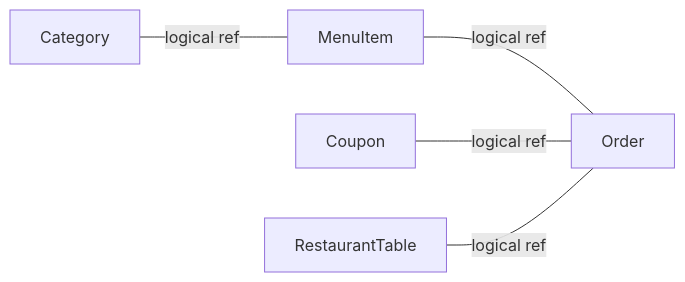
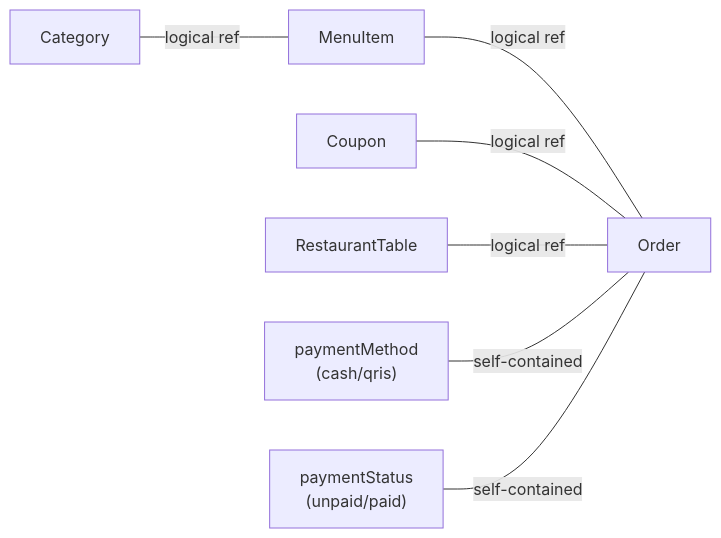
The fourth of 4 diagrams in .qoder/repowiki/en/content/Architecture Overview/Backend Architecture/Database Layer/Database Schema Design.md (Ice-Nao-Eevee/Tera_Work), drawn with Mermaid before and after one commit. The commit also changed other lines of this file and 55 other files, not shown here.

````diff
--- a/.qoder/repowiki/en/content/Architecture Overview/Backend Architecture/Database Layer/Database Schema Design.md
+++ b/.qoder/repowiki/en/content/Architecture Overview/Backend Architecture/Database Layer/Database Schema Design.md
@@ -351,7 +430,9 @@
 ```mermaid
 graph LR
 CATEGORY["Category"] ---|logical ref| MENU_ITEM["MenuItem"]
 MENU_ITEM["MenuItem"] ---|logical ref| ORDER["Order"]
 COUPON["Coupon"] ---|logical ref| ORDER["Order"]
 RESTAURANT_TABLE["RestaurantTable"] ---|logical ref| ORDER["Order"]
+PAYMENT_METHOD["paymentMethod<br/>(cash/qris)"] ---|self-contained| ORDER["Order"]
+PAYMENT_STATUS["paymentStatus<br/>(unpaid/paid)"] ---|self-contained| ORDER["Order"]
 ```
````
